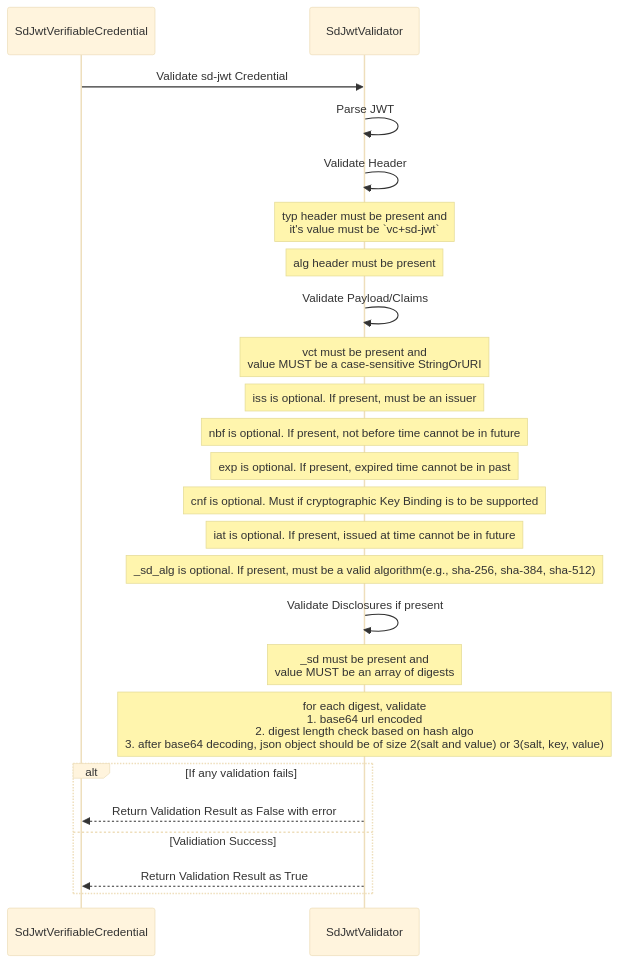
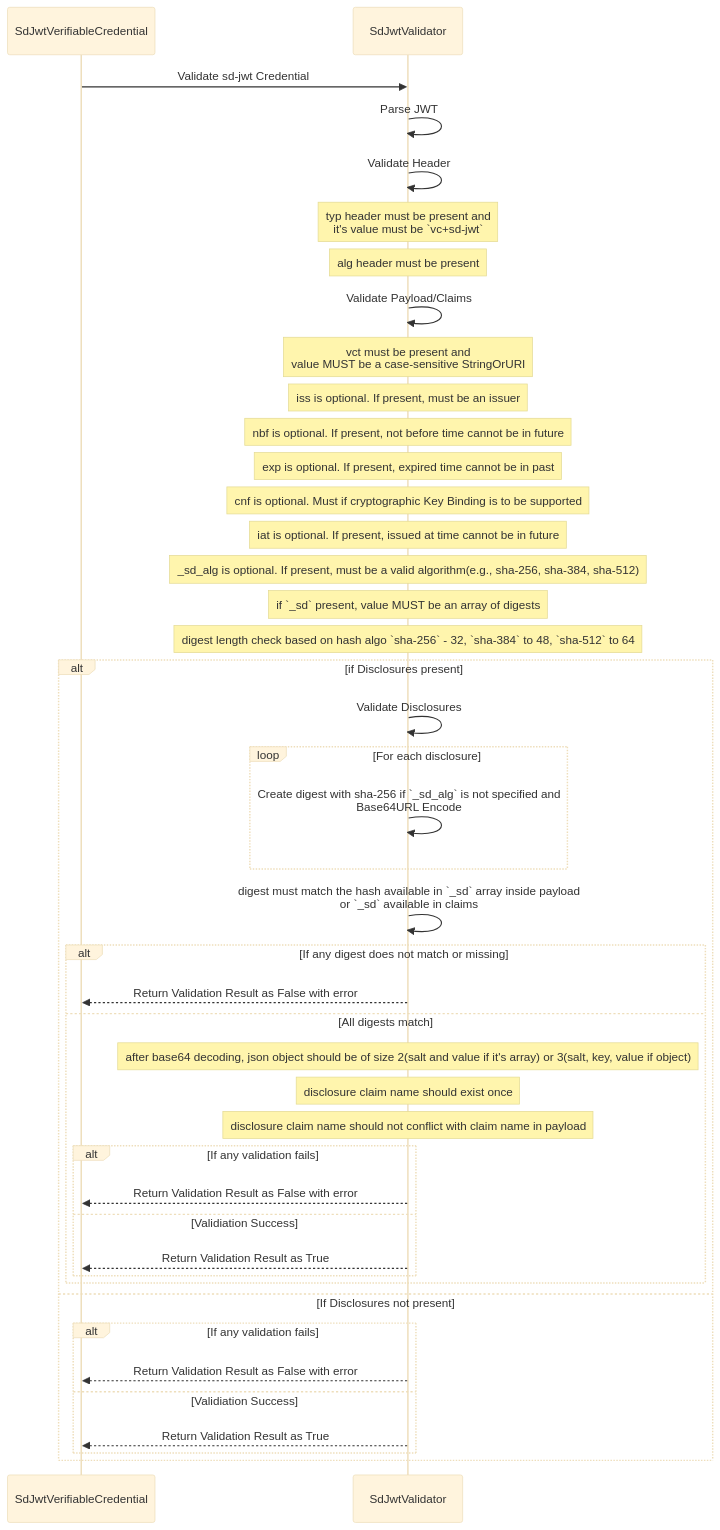
Before and after one commit to mosip/vc-verifier: the second of 3 diagrams in doc/sdjwt-vc-verification-support.md, drawn with Mermaid (base theme). The commit also changed other lines of this file, not shown here.

Commit message:
[INJIMOB-3365] - move disclosure verification in validation and update validation steps

````diff
--- a/doc/sdjwt-vc-verification-support.md
+++ b/doc/sdjwt-vc-verification-support.md
@@ -64,25 +64,44 @@
 ```mermaid
 sequenceDiagram
 
     SdJwtVerifiableCredential->>SdJwtValidator: Validate sd-jwt Credential
     SdJwtValidator->>SdJwtValidator: Parse JWT
     SdJwtValidator->>SdJwtValidator: Validate Header
     Note over SdJwtValidator: typ header must be present and<br/>it's value must be `vc+sd-jwt`
     Note over SdJwtValidator: alg header must be present
     SdJwtValidator->>SdJwtValidator: Validate Payload/Claims
     Note over SdJwtValidator: vct must be present and<br/>value MUST be a case-sensitive StringOrURI
     Note over SdJwtValidator: iss is optional. If present, must be an issuer
     Note over SdJwtValidator: nbf is optional. If present, not before time cannot be in future
     Note over SdJwtValidator: exp is optional. If present, expired time cannot be in past
     Note over SdJwtValidator: cnf is optional. Must if cryptographic Key Binding is to be supported
     Note over SdJwtValidator: iat is optional. If present, issued at time cannot be in future
     Note over SdJwtValidator: _sd_alg is optional. If present, must be a valid algorithm(e.g., sha-256, sha-384, sha-512)
-    SdJwtValidator->>SdJwtValidator: Validate Disclosures if present
-    Note over SdJwtValidator: _sd must be present and<br/>value MUST be an array of digests
-    Note over SdJwtValidator: for each digest, validate<br/>1. base64 url encoded<br/>2. digest length check based on hash algo<br/>3. after base64 decoding, json object should be of size 2(salt and value) or 3(salt, key, value)
-    alt If any validation fails
-       SdJwtValidator-->>SdJwtVerifiableCredential: Return Validation Result as False with error
-    else Validiation Success
-       SdJwtValidator-->>SdJwtVerifiableCredential: Return Validation Result as True
+    Note over SdJwtValidator: if `_sd` present, value MUST be an array of digests
+    Note over SdJwtValidator: digest length check based on hash algo  `sha-256` - 32, `sha-384` to 48, `sha-512` to 64
+    alt if Disclosures present
+        SdJwtValidator->>SdJwtValidator: Validate Disclosures
+        loop For each disclosure
+            SdJwtValidator->>SdJwtValidator: Create digest with sha-256 if `_sd_alg` is not specified and<br/>Base64URL Encode
+        end
+       SdJwtValidator->>SdJwtValidator: digest must match the hash available in `_sd` array inside payload <br/>or `_sd` available in claims
+        alt If any digest does not match or missing
+            SdJwtValidator-->>SdJwtVerifiableCredential: Return Validation Result as False with error
+        else All digests match
+            Note over SdJwtValidator: after base64 decoding, json object should be of size 2(salt and value if it's array) or 3(salt, key, value if object)
+            Note over SdJwtValidator: disclosure claim name should exist once
+            Note over SdJwtValidator: disclosure claim name should not conflict with claim name in payload
+           alt If any validation fails
+              SdJwtValidator-->>SdJwtVerifiableCredential: Return Validation Result as False with error
+           else Validiation Success
+              SdJwtValidator-->>SdJwtVerifiableCredential: Return Validation Result as True
+           end
+        end
+    else If Disclosures not present
+        alt If any validation fails
+            SdJwtValidator-->>SdJwtVerifiableCredential: Return Validation Result as False with error
+        else Validiation Success
+           SdJwtValidator-->>SdJwtVerifiableCredential: Return Validation Result as True
+        end
     end
-```
+```   
````
